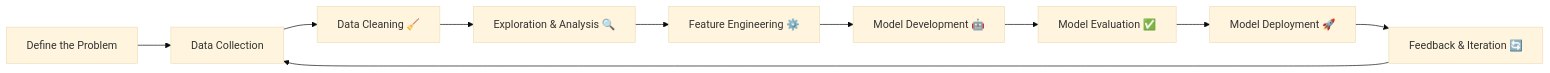
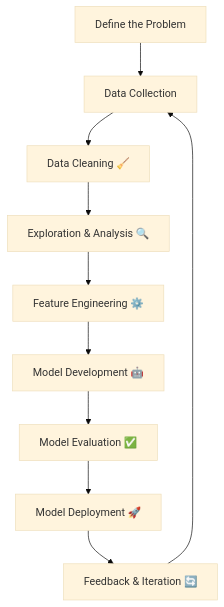
Before and after one commit to satishsalyal/Foundations-of-Data-Science: the diagram in data_science_life _cycle.md, drawn with Mermaid (base theme).

Commit message:
Update data_science_life _cycle.md

````diff
--- a/data_science_life _cycle.md
+++ b/data_science_life _cycle.md
@@ -168,13 +168,13 @@
 ```mermaid
 
-flowchart LR
+flowchart TD
     A[Define the Problem] --> B[Data Collection]
     B --> C[Data Cleaning 🧹]
     C --> D[Exploration & Analysis 🔍]
     D --> E[Feature Engineering ⚙️]
     E --> F[Model Development 🤖]
     F --> G[Model Evaluation ✅]
     G --> H[Model Deployment 🚀]
     H --> I[Feedback & Iteration 🔄]
     I --> B
 ```
````
